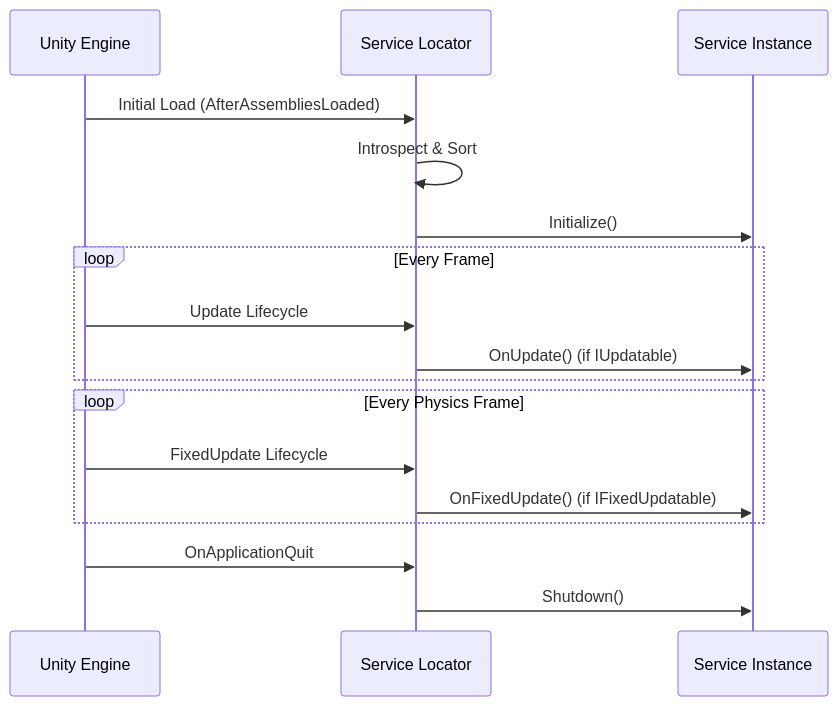
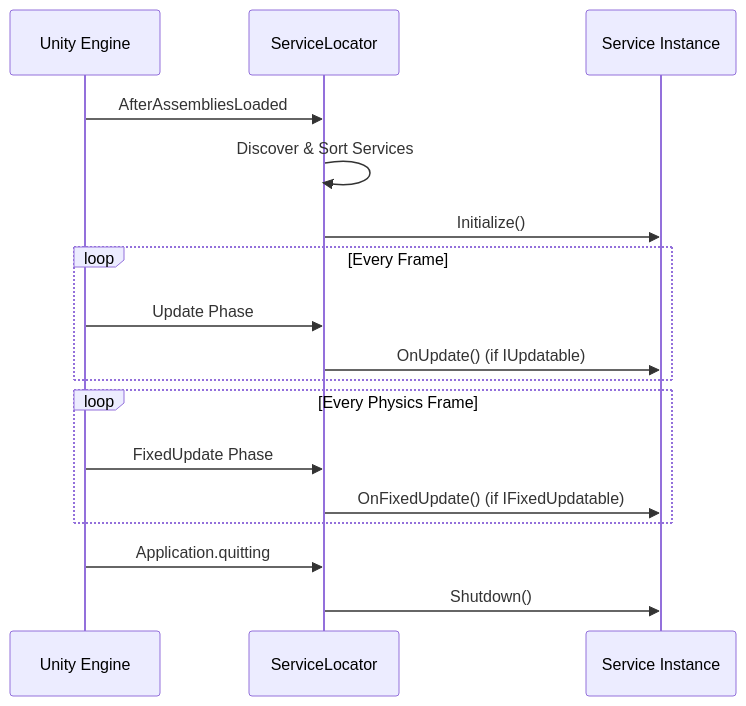
The second of 2 diagrams in Documentation~/Core/ServiceLocator.md (eraflo/Catalyst), drawn with Mermaid before and after one commit. The commit also changed other lines of this file, not shown here.

Commit message:
docs: update service locator doc

````diff
--- a/Documentation~/Core/ServiceLocator.md
+++ b/Documentation~/Core/ServiceLocator.md
@@ -132,23 +59,23 @@
 ```mermaid
 sequenceDiagram
     participant U as Unity Engine
-    participant SL as Service Locator
+    participant SL as ServiceLocator
     participant S as Service Instance
 
-    U->>SL: Initial Load (AfterAssembliesLoaded)
-    SL->>SL: Introspect & Sort
+    U->>SL: AfterAssembliesLoaded
+    SL->>SL: Discover & Sort Services
     SL->>S: Initialize()
     
     loop Every Frame
-        U->>SL: Update Lifecycle
+        U->>SL: Update Phase
         SL->>S: OnUpdate() (if IUpdatable)
     end
 
     loop Every Physics Frame
-        U->>SL: FixedUpdate Lifecycle
+        U->>SL: FixedUpdate Phase
         SL->>S: OnFixedUpdate() (if IFixedUpdatable)
     end
 
-    U->>SL: OnApplicationQuit
+    U->>SL: Application.quitting
     SL->>S: Shutdown()
 ```
````
